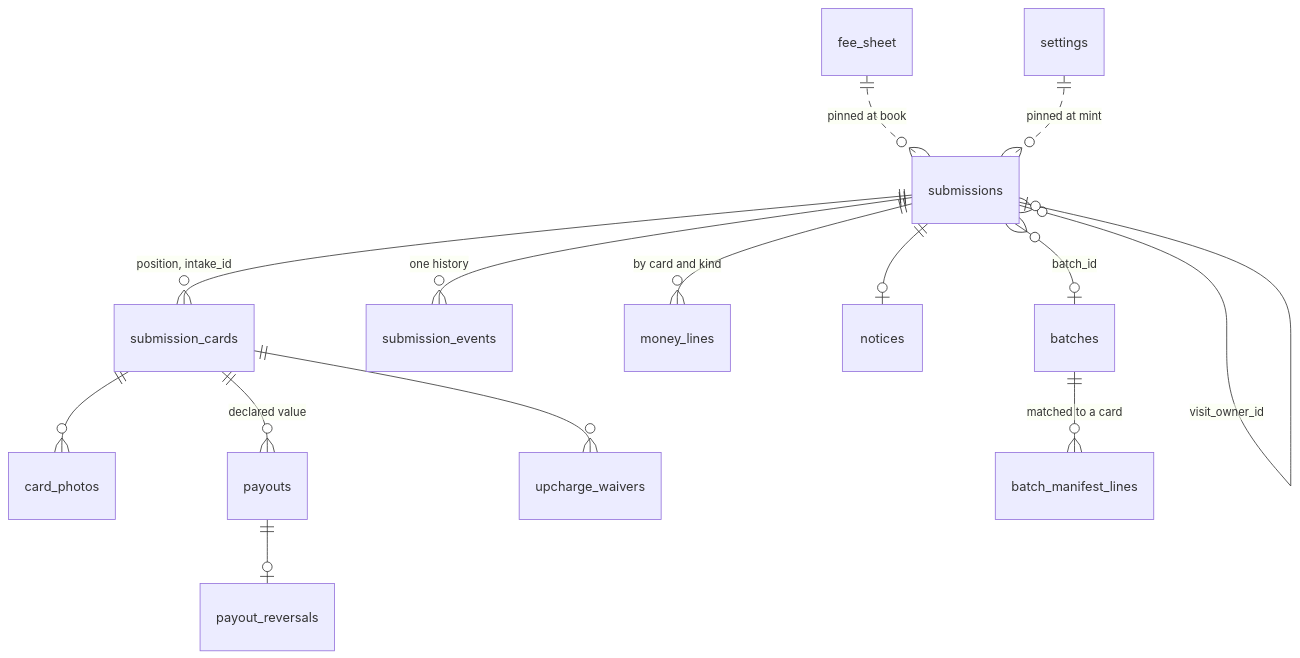
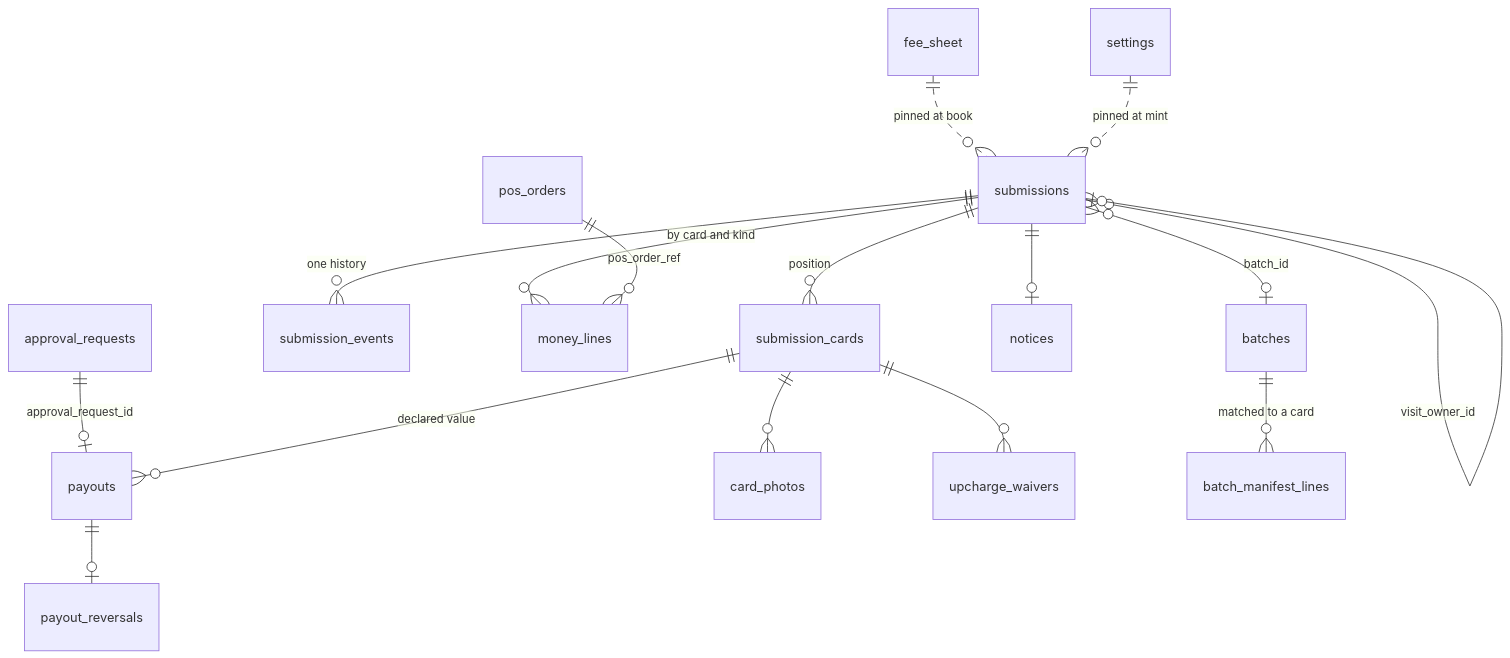
The diagram in openspec/changes/add-card-grading/tech-design.md (potzchan6969/grade10-spec), drawn with Mermaid before and after one commit. The commit also changed other lines of this file, not shown here.

````diff
--- a/openspec/changes/add-card-grading/tech-design.md
+++ b/openspec/changes/add-card-grading/tech-design.md
@@ -895,16 +932,18 @@
 ```mermaid
 erDiagram
-  submissions ||--o{ submission_cards : "position, intake_id"
+  submissions ||--o{ submission_cards : "position"
   submissions ||--o{ submission_events : "one history"
   submissions ||--o{ money_lines : "by card and kind"
+  pos_orders ||--o{ money_lines : "pos_order_ref"
+  approval_requests ||--o| payouts : "approval_request_id"
   submissions ||--o| notices : ""
   submissions }o--o| batches : "batch_id"
   submissions }o--o| submissions : "visit_owner_id"
   submission_cards ||--o{ card_photos : ""
   submission_cards ||--o{ payouts : "declared value"
   submission_cards ||--o{ upcharge_waivers : ""
   payouts ||--o| payout_reversals : ""
   batches ||--o{ batch_manifest_lines : "matched to a card"
   fee_sheet ||..o{ submissions : "pinned at book"
   settings ||..o{ submissions : "pinned at mint"
 ```
````
